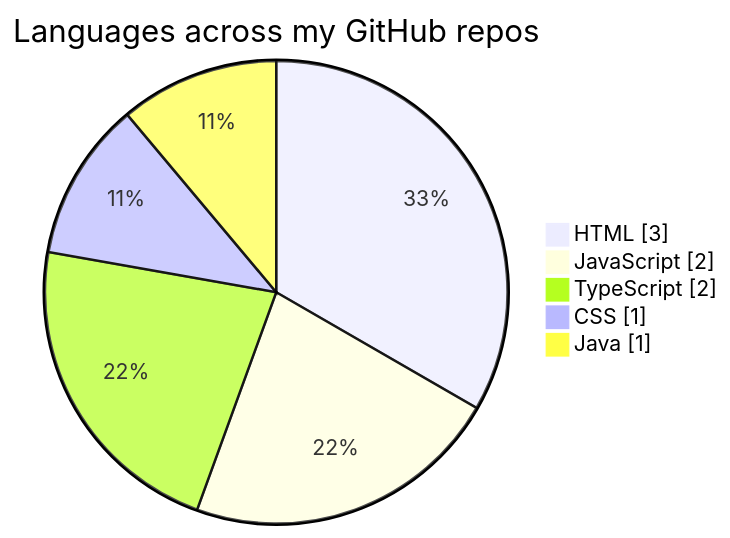
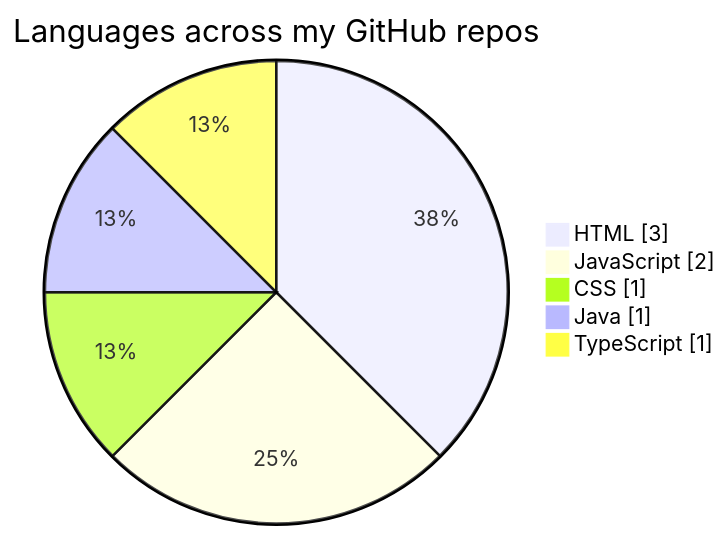
Before and after one commit to nabid-ahamed/nabid-ahamed: the diagram in README.md, drawn with Mermaid. The commit also changed other lines of this file, not shown here.

Commit message:
Update profile cards

````diff
--- a/README.md
+++ b/README.md
@@ -113,8 +113,8 @@
 ```mermaid
 pie showData title Languages across my GitHub repos
     "HTML" : 3
     "JavaScript" : 2
-    "TypeScript" : 2
     "CSS" : 1
     "Java" : 1
+    "TypeScript" : 1
 ```
````
